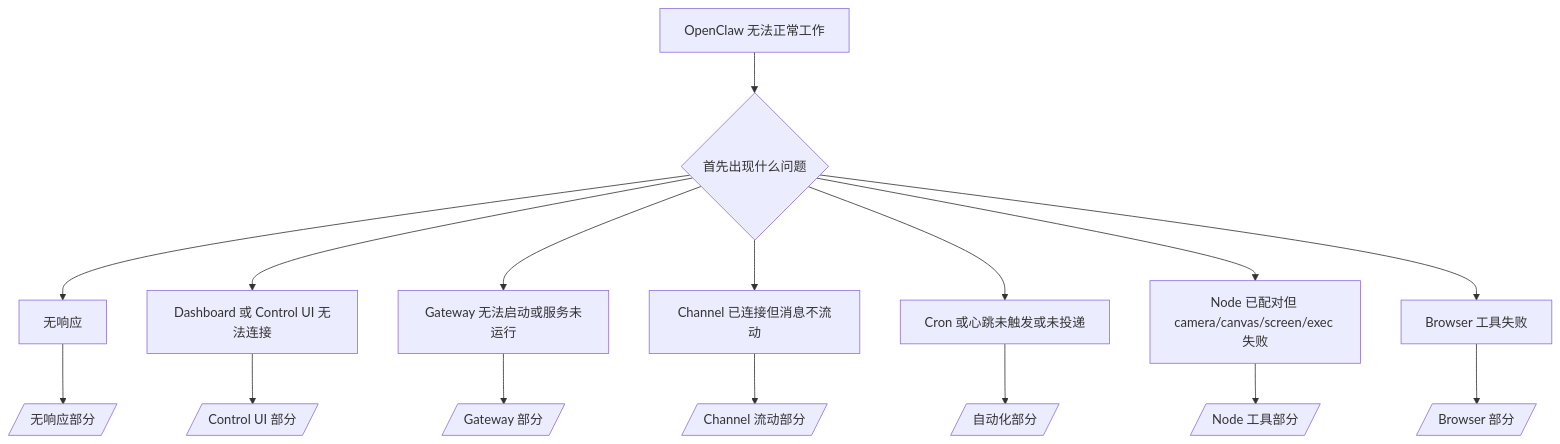
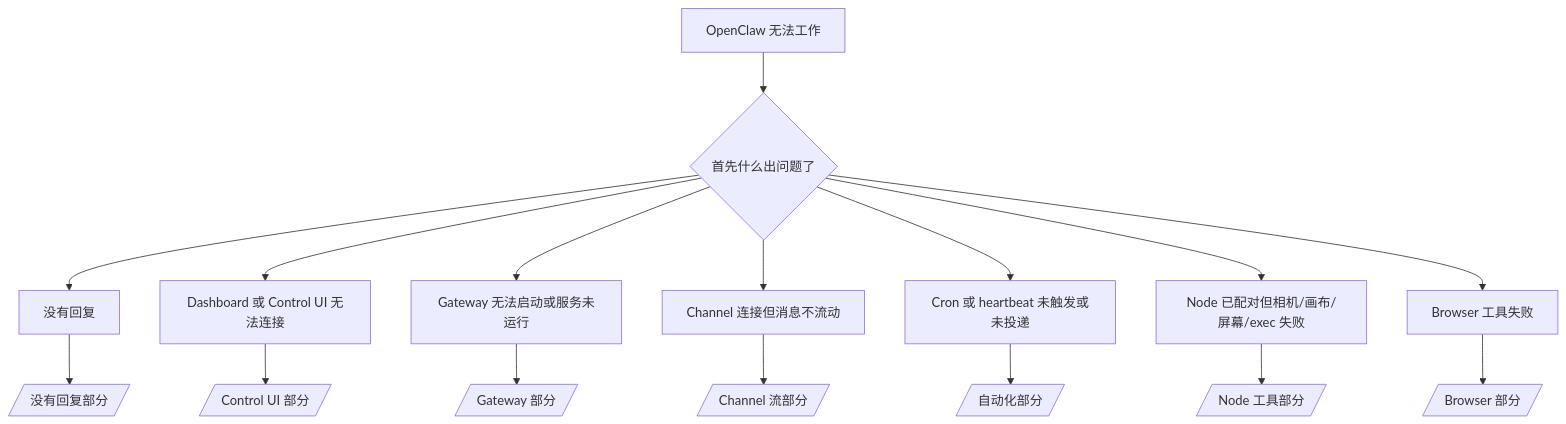
The diagram in docs/zh/help/troubleshooting.md (Explorer1092/openclaw-zh), drawn with Mermaid before and after one commit. The commit also changed other lines of this file and 3 other files, not shown here.

````diff
--- a/docs/zh/help/troubleshooting.md
+++ b/docs/zh/help/troubleshooting.md
@@ -70,19 +70,19 @@
 ```mermaid
 flowchart TD
-  A[OpenClaw 无法正常工作] --> B{首先出现什么问题}
-  B --> C[无响应]
+  A[OpenClaw 无法工作] --> B{首先什么出问题了}
+  B --> C[没有回复]
   B --> D[Dashboard 或 Control UI 无法连接]
   B --> E[Gateway 无法启动或服务未运行]
-  B --> F[Channel 已连接但消息不流动]
-  B --> G[Cron 或心跳未触发或未投递]
-  B --> H[Node 已配对但 camera/canvas/screen/exec 失败]
+  B --> F[Channel 连接但消息不流动]
+  B --> G[Cron 或 heartbeat 未触发或未投递]
+  B --> H[Node 已配对但相机/画布/屏幕/exec 失败]
   B --> I[Browser 工具失败]
 
-  C --> C1[/无响应部分/]
+  C --> C1[/没有回复部分/]
   D --> D1[/Control UI 部分/]
   E --> E1[/Gateway 部分/]
-  F --> F1[/Channel 流动部分/]
+  F --> F1[/Channel 流部分/]
   G --> G1[/自动化部分/]
   H --> H1[/Node 工具部分/]
   I --> I1[/Browser 部分/]
 ```
````
